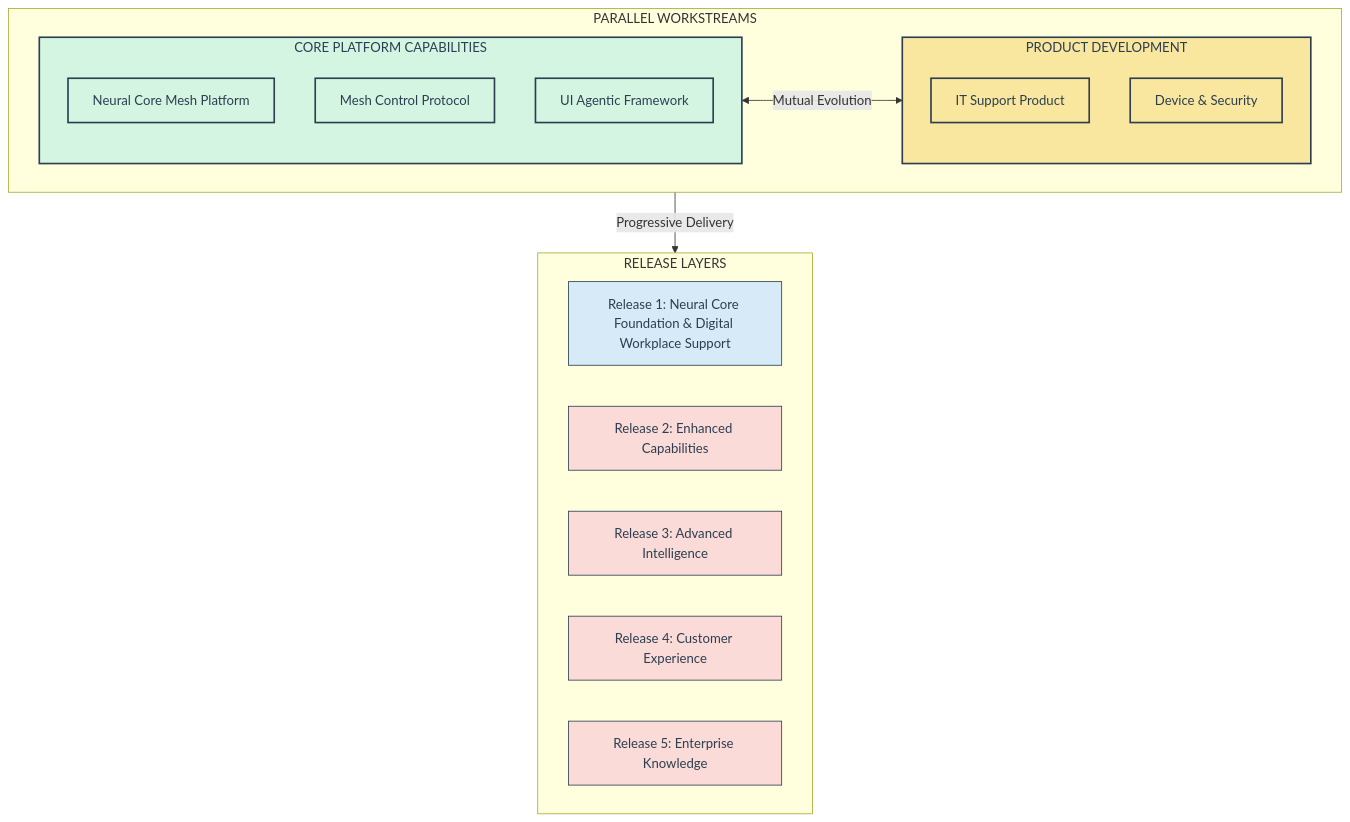
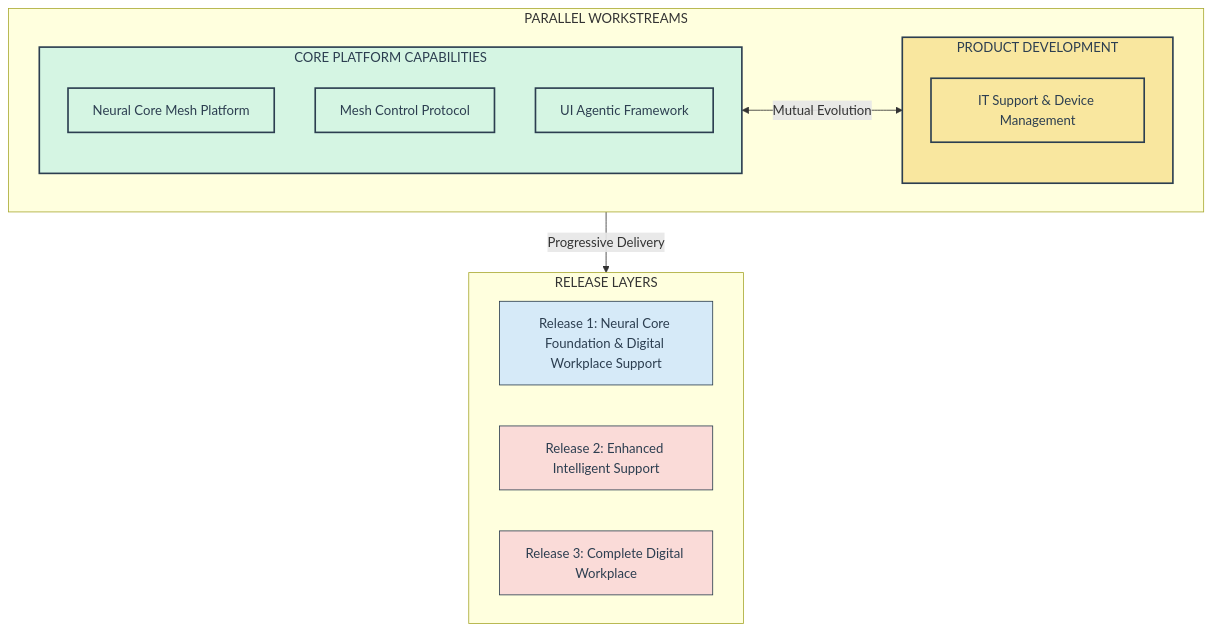
The second of 21 diagrams in ME.ai_FDD_Impl Strategy & Business Value.md (ME-ai-agents/docs_prod), drawn with Mermaid before and after one commit. The commit also changed other lines of this file, not shown here.

````diff
--- a/ME.ai_FDD_Impl Strategy & Business Value.md
+++ b/ME.ai_FDD_Impl Strategy & Business Value.md
@@ -64,38 +58,35 @@
 ```mermaid
 flowchart TD
     subgraph PW["PARALLEL WORKSTREAMS"]
         direction LR
         subgraph CP["CORE PLATFORM CAPABILITIES"]
             NCP["Neural Core Mesh Platform"]
             MCP["Mesh Control Protocol"]
             UIA["UI Agentic Framework"]
         end
         
         subgraph PP["PRODUCT DEVELOPMENT"]
-            ITS["IT Support Product"]
-            DPS["Device & Security"]
+            ITS["IT Support & Device Management"]
         end
         
         CP <-->|Mutual Evolution| PP
     end
     
     subgraph RL["RELEASE LAYERS"]
         R1["Release 1: Neural Core Foundation & Digital Workplace Support"]
-        R2["Release 2: Enhanced Capabilities"]
-        R3["Release 3: Advanced Intelligence"]
-        R4["Release 4: Customer Experience"]
-        R5["Release 5: Enterprise Knowledge"]
+        R2["Release 2: Enhanced Intelligent Support"]
+        R3["Release 3: Complete Digital Workplace"]
     end
     
     PW -->|Progressive Delivery| RL
     
     classDef platformNode fill:#D5F5E3,stroke:#2C3E50,stroke-width:2px,color:#2C3E50
     classDef productNode fill:#F9E79F,stroke:#2C3E50,stroke-width:2px,color:#2C3E50
     classDef r1Node fill:#D6EAF8,stroke:#2C3E50,stroke-width:1px,color:#2C3E50
     classDef releaseNode fill:#FADBD8,stroke:#2C3E50,stroke-width:1px,color:#2C3E50
     
     class CP,NCP,MCP,UIA platformNode
-    class PP,ITS,DPS productNode
+    class PP,ITS productNode
     class R1 r1Node
-    class R2,R3,R4,R5 releaseNode
+    class R2,R3 releaseNode
 ```
````
